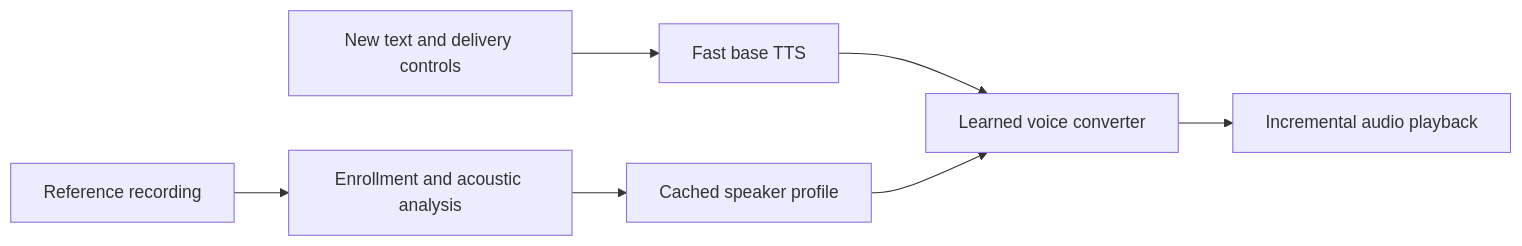
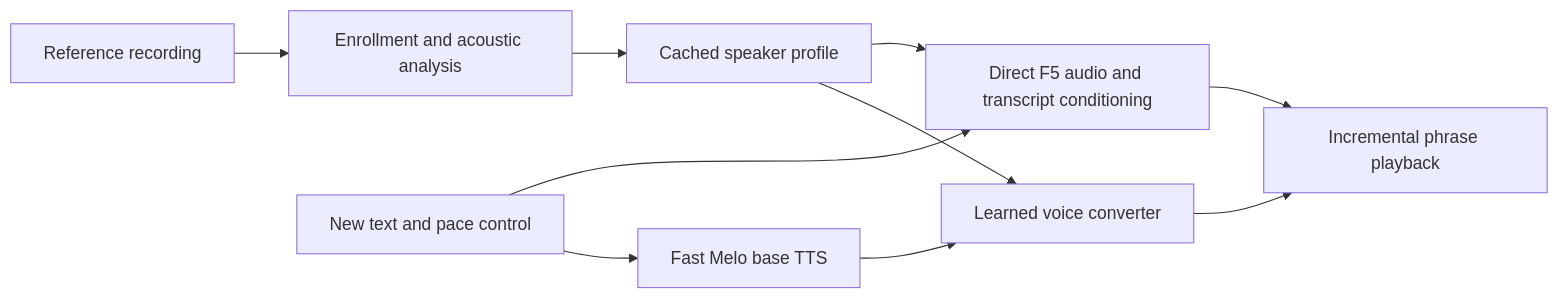
The diagram in README.md (TheCoalitionOfPlanets/T-2000), drawn with Mermaid before and after one commit. The commit also changed other lines of this file and 6 other files, not shown here.

````diff
--- a/README.md
+++ b/README.md
@@ -11,9 +13,12 @@
 ```mermaid
 flowchart LR
     R[Reference recording] --> E[Enrollment and acoustic analysis]
     E --> P[Cached speaker profile]
-    T[New text and delivery controls] --> B[Fast base TTS]
+    T[New text and pace control] --> F[Direct F5 audio and transcript conditioning]
+    P --> F
+    F --> A[Incremental phrase playback]
+    T --> B[Fast Melo base TTS]
     B --> C[Learned voice converter]
     P --> C
-    C --> A[Incremental audio playback]
+    C --> A
 ```
````
